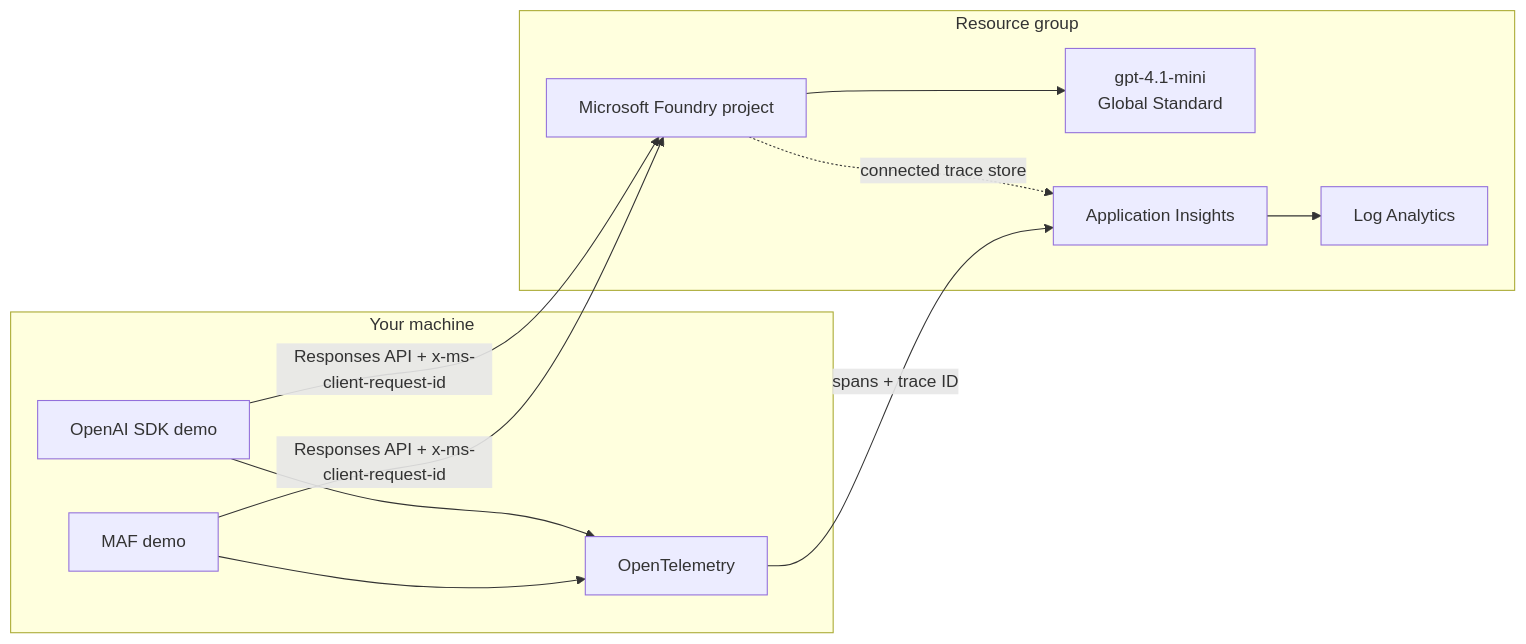
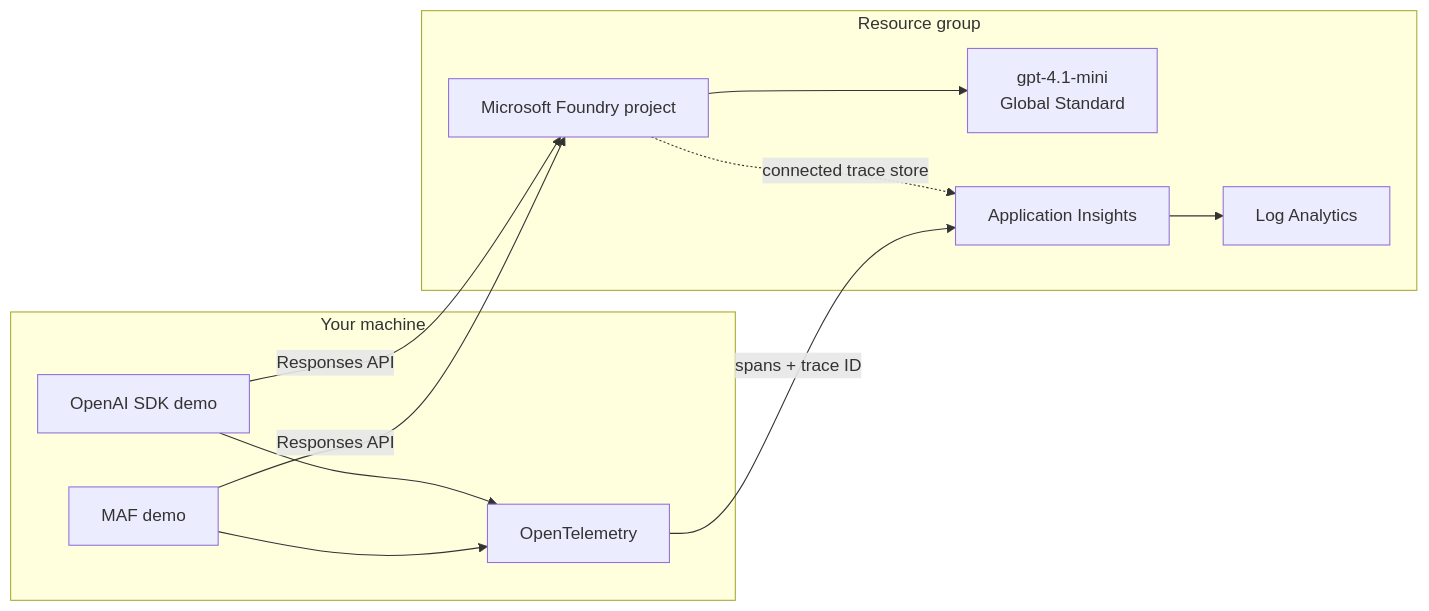
The diagram in 28-foundry-request-diagnostics/README.md (Jandev/video-assets), drawn with Mermaid before and after one commit. The commit also changed other lines of this file and 4 other files, not shown here.

````diff
--- a/28-foundry-request-diagnostics/README.md
+++ b/28-foundry-request-diagnostics/README.md
@@ -34,24 +33,24 @@
 ```mermaid
 flowchart LR
     subgraph laptop["Your machine"]
         OAI["OpenAI SDK demo"]
         MAF["MAF demo"]
         OTEL["OpenTelemetry"]
         OAI --> OTEL
         MAF --> OTEL
     end
 
     subgraph azure["Resource group"]
         PROJECT["Microsoft Foundry project"]
         MODEL["gpt-4.1-mini<br/>Global Standard"]
         AI["Application Insights"]
         LAW["Log Analytics"]
         PROJECT --> MODEL
         PROJECT -. connected trace store .-> AI
         AI --> LAW
     end
 
-    OAI -->|"Responses API + x-ms-client-request-id"| PROJECT
-    MAF -->|"Responses API + x-ms-client-request-id"| PROJECT
+   OAI -->|"Responses API"| PROJECT
+   MAF -->|"Responses API"| PROJECT
     OTEL -->|"spans + trace ID"| AI
 ```
````
